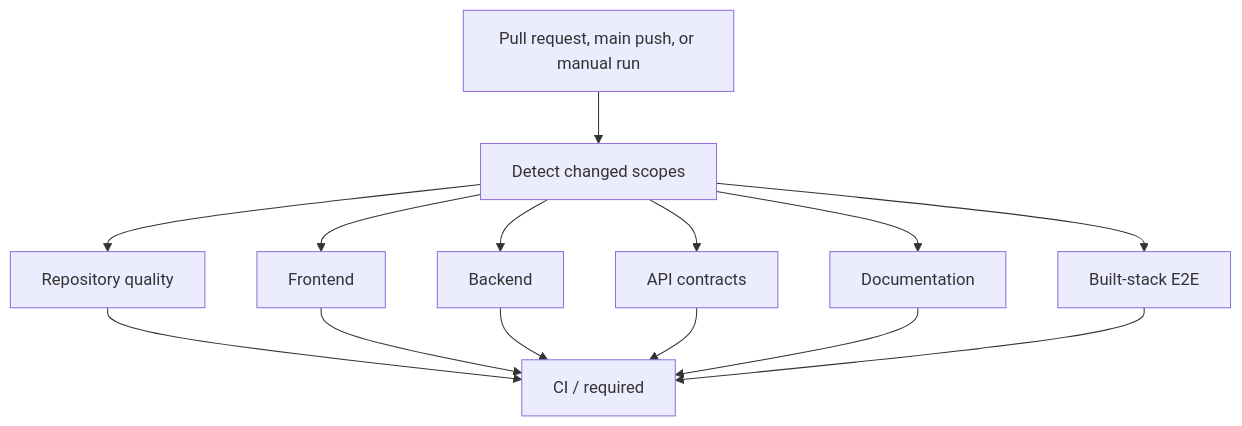
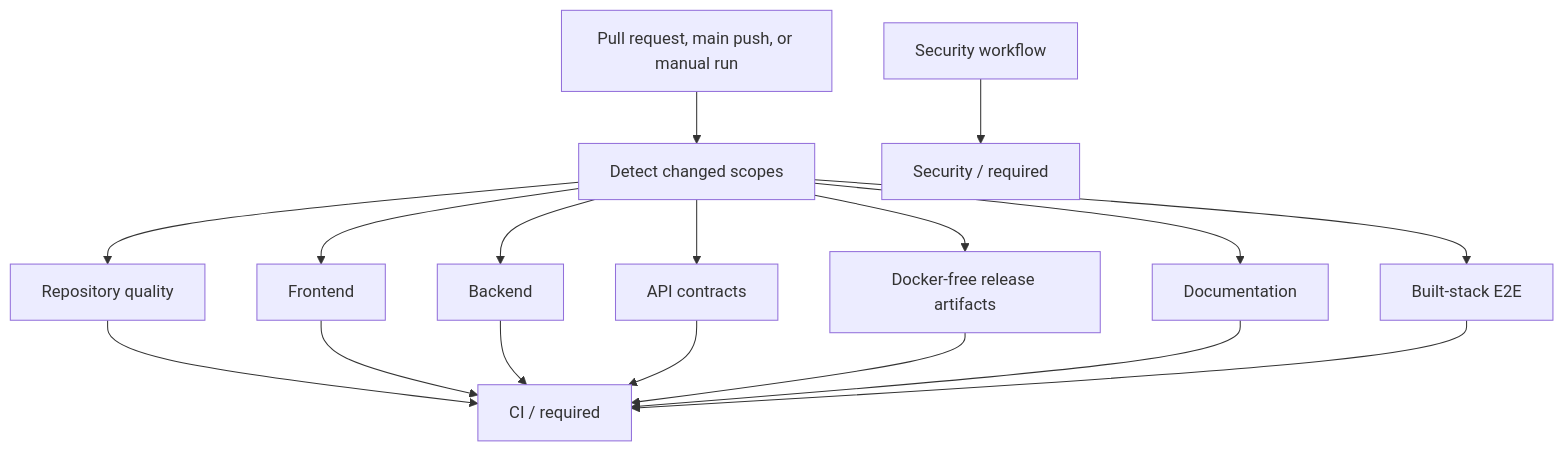
One commit to tensho1026/github-issue-search changed the diagram in docs/ci.md. Above: the diagram before and after it, drawn with Mermaid. The commit also changed other lines of this file and 4 other files, not shown here.

````diff
--- a/docs/ci.md
+++ b/docs/ci.md
@@ -7,16 +7,19 @@
 ```mermaid
 flowchart TD
     Event["Pull request, main push, or manual run"] --> Changes["Detect changed scopes"]
     Changes --> Repo["Repository quality"]
     Changes --> Frontend["Frontend"]
     Changes --> Backend["Backend"]
     Changes --> Contract["API contracts"]
+    Changes --> Delivery["Docker-free release artifacts"]
     Changes --> Docs["Documentation"]
     Changes --> E2E["Built-stack E2E"]
+    Security["Security workflow"] --> SecurityRequired["Security / required"]
     Repo --> Required["CI / required"]
     Frontend --> Required
     Backend --> Required
     Contract --> Required
+    Delivery --> Required
     Docs --> Required
     E2E --> Required
 ```
````
